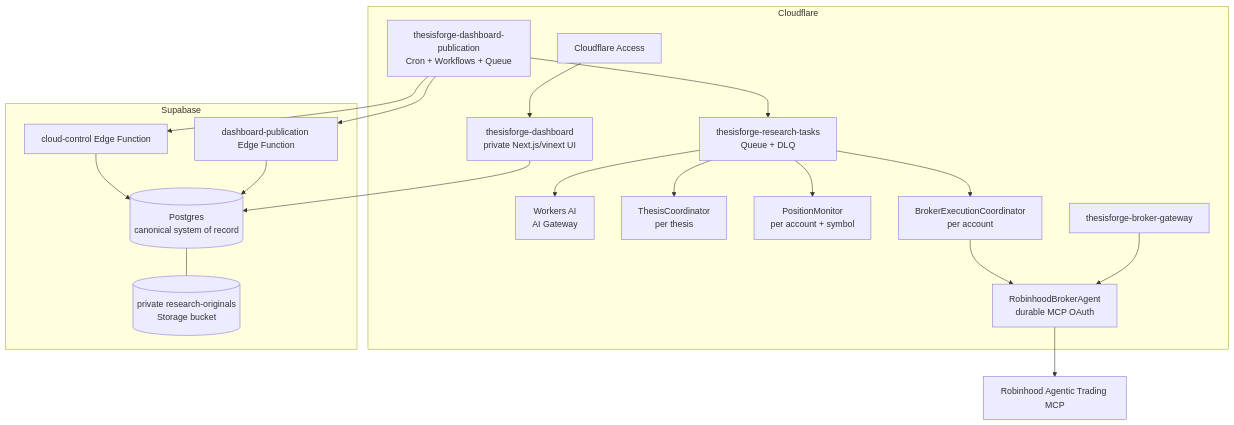
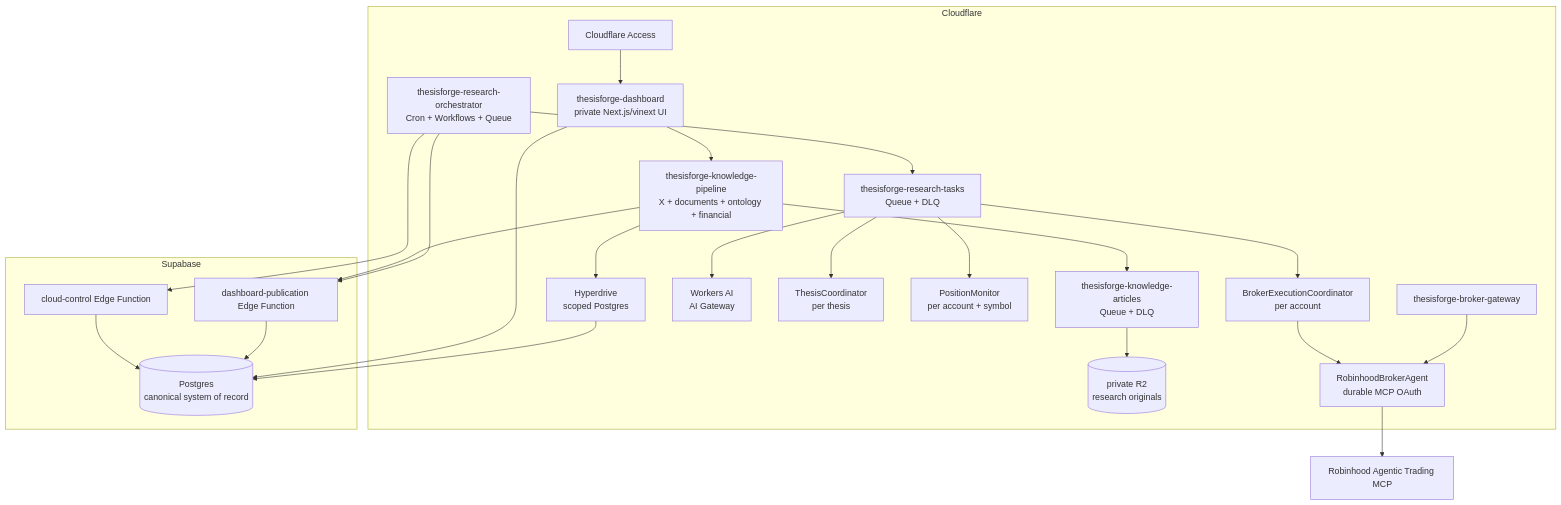
The diagram in README.md (dwallach1/grasshopper), drawn with Mermaid before and after one commit. The commit also changed other lines of this file and 108 other files, not shown here.

````diff
--- a/README.md
+++ b/README.md
@@ -21,34 +22,40 @@
 ```mermaid
 flowchart TB
     subgraph CF[Cloudflare]
         Access[Cloudflare Access]
         Dashboard[thesisforge-dashboard<br/>private Next.js/vinext UI]
-        Control[thesisforge-dashboard-publication<br/>Cron + Workflows + Queue]
-        Queue[thesisforge-research-tasks<br/>Queue + DLQ]
+        Knowledge[thesisforge-knowledge-pipeline<br/>X + documents + ontology + financial]
+        Control[thesisforge-research-orchestrator<br/>Cron + Workflows + Queue]
+        ResearchQueue[thesisforge-research-tasks<br/>Queue + DLQ]
+        ArticleQueue[thesisforge-knowledge-articles<br/>Queue + DLQ]
+        R2[(private R2<br/>research originals)]
+        Hyperdrive[Hyperdrive<br/>scoped Postgres]
         AI[Workers AI<br/>AI Gateway]
         ThesisDO[ThesisCoordinator<br/>per thesis]
         PositionDO[PositionMonitor<br/>per account + symbol]
         AccountDO[BrokerExecutionCoordinator<br/>per account]
         Broker[thesisforge-broker-gateway]
         BrokerAgent[RobinhoodBrokerAgent<br/>durable MCP OAuth]
     end
 
     subgraph SB[Supabase]
         CloudControl[cloud-control Edge Function]
         Publication[dashboard-publication Edge Function]
         DB[(Postgres<br/>canonical system of record)]
-        Storage[(private research-originals<br/>Storage bucket)]
     end
 
     RH[Robinhood Agentic Trading MCP]
 
     Access --> Dashboard --> DB
+    Dashboard --> Knowledge
+    Knowledge --> Hyperdrive --> DB
+    Knowledge --> ArticleQueue --> R2
+    Knowledge --> Publication
     Control --> CloudControl --> DB
+    Control --> ResearchQueue --> AI
+    ResearchQueue --> ThesisDO
+    ResearchQueue --> PositionDO
+    ResearchQueue --> AccountDO --> BrokerAgent --> RH
     Control --> Publication --> DB
-    Control --> Queue --> AI
-    Queue --> ThesisDO
-    Queue --> PositionDO
-    Queue --> AccountDO --> BrokerAgent --> RH
     Broker --> BrokerAgent
-    DB --- Storage
 ```
````
